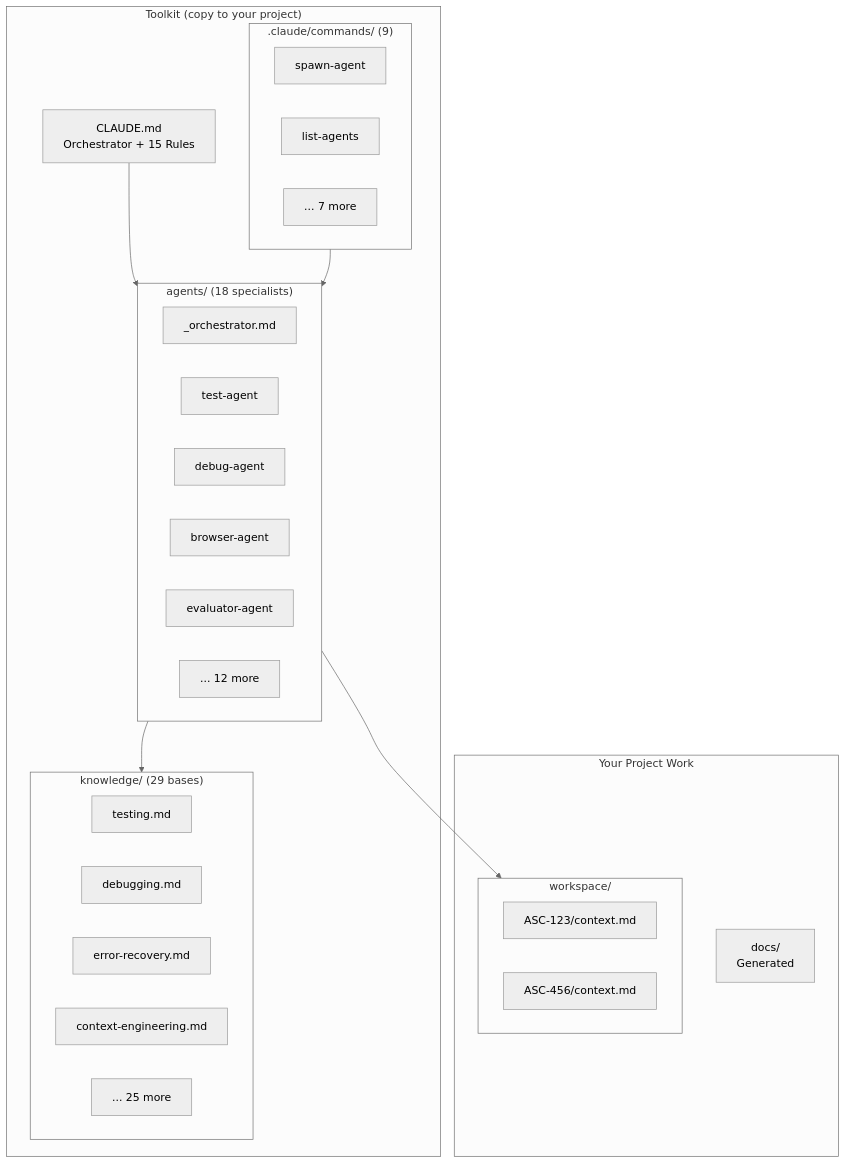
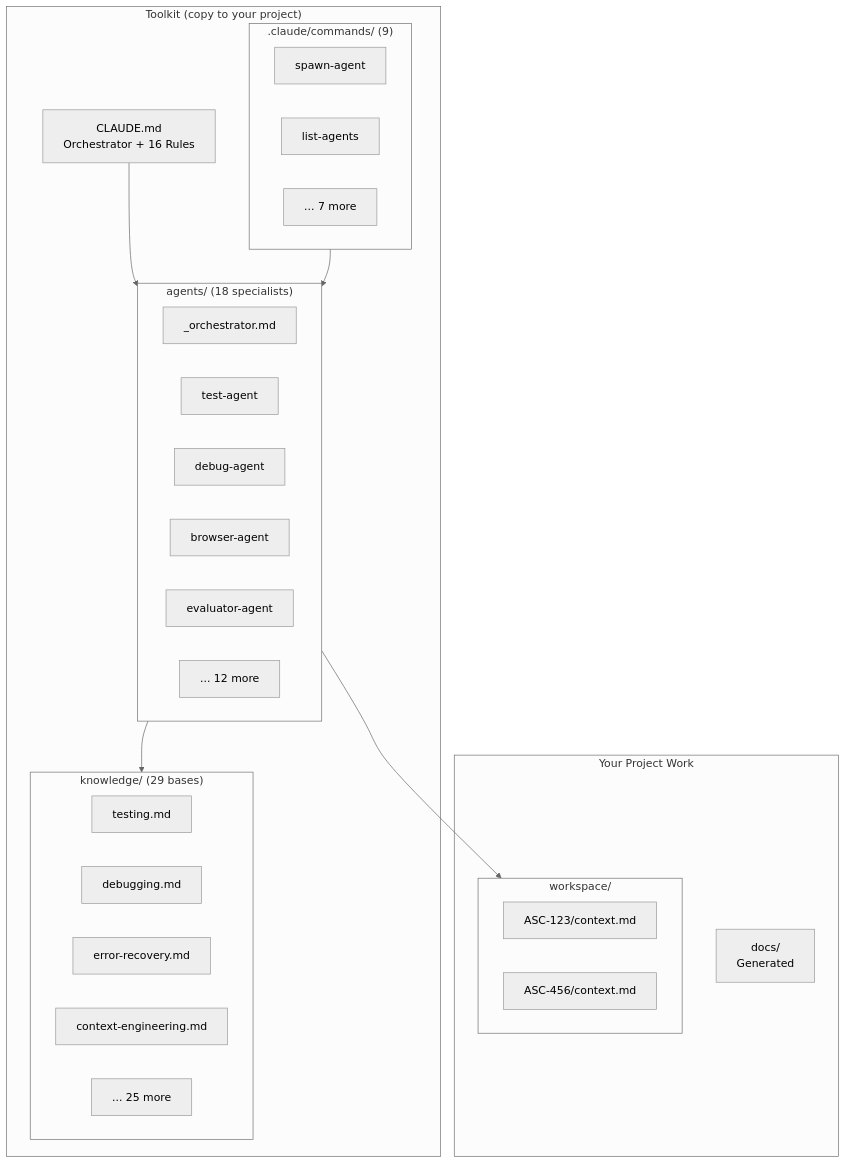
Before and after one commit to MikahNiehaus/ClaudeMemory: the third of 13 diagrams in README.md, drawn with Mermaid (neutral theme). The commit also changed other lines of this file and 13 other files, not shown here.

````diff
--- a/README.md
+++ b/README.md
@@ -106,43 +106,43 @@
 ```mermaid
 flowchart TB
     subgraph Toolkit["Toolkit (copy to your project)"]
-        CLAUDE[CLAUDE.md<br/>Orchestrator + 15 Rules]
+        CLAUDE[CLAUDE.md<br/>Orchestrator + 16 Rules]
 
         subgraph Agents["agents/ (18 specialists)"]
             Orch[_orchestrator.md]
             Test[test-agent]
             Debug[debug-agent]
             Browser[browser-agent]
             Evaluator[evaluator-agent]
             More[... 12 more]
         end
 
         subgraph Knowledge["knowledge/ (29 bases)"]
             Testing[testing.md]
             Debugging[debugging.md]
             ErrorRecovery[error-recovery.md]
             ContextEng[context-engineering.md]
             MoreK[... 25 more]
         end
 
         subgraph Commands[".claude/commands/ (9)"]
             Spawn[spawn-agent]
             ListA[list-agents]
             MoreC[... 7 more]
         end
     end
 
     subgraph Project["Your Project Work"]
         subgraph Workspace["workspace/"]
             Task1[ASC-123/context.md]
             Task2[ASC-456/context.md]
         end
 
         Docs[docs/<br/>Generated]
     end
 
     CLAUDE --> Agents
     Agents --> Knowledge
     Agents --> Workspace
     Commands --> Agents
 ```
````
